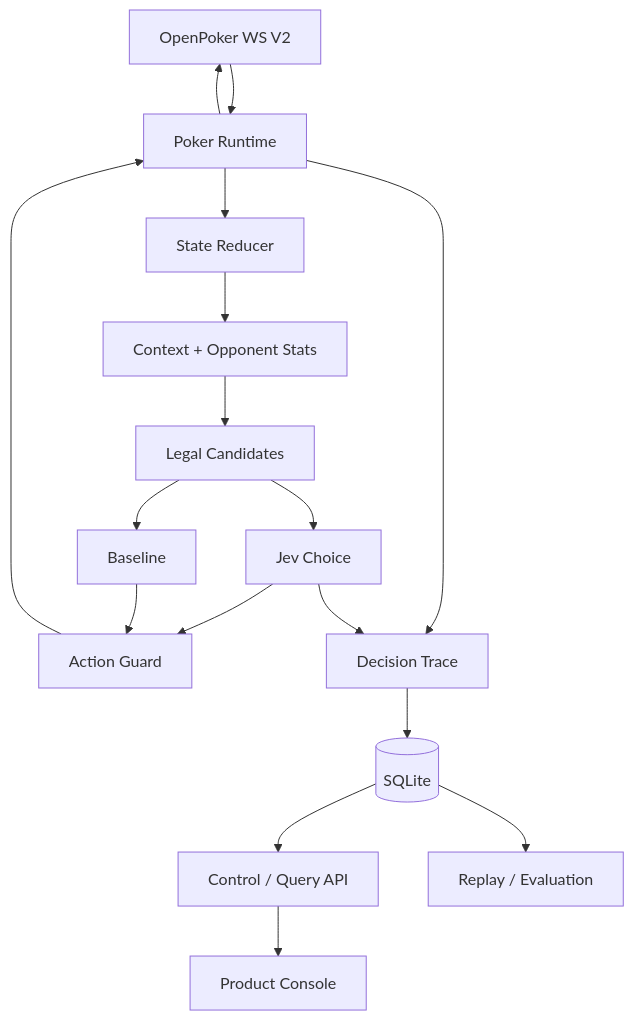
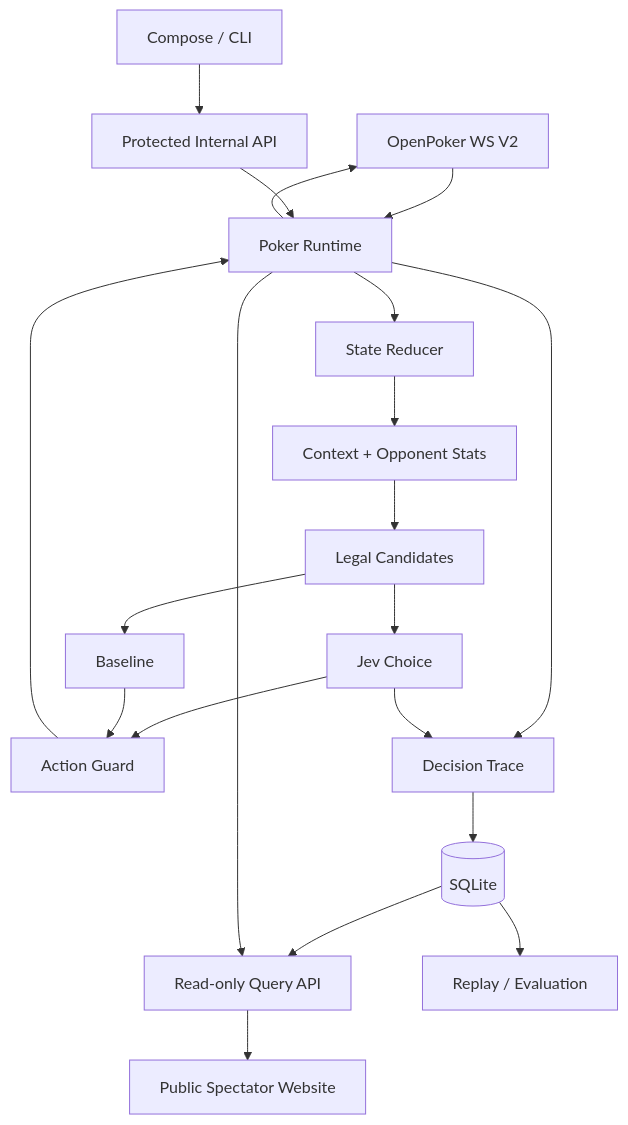
One commit to hewenyu/jev-card-agent changed the diagram in docs/architecture.md. Above: the diagram before and after it, drawn with Mermaid. The commit also changed other lines of this file and 31 other files, not shown here.

Commit message:
Make public observatory read-only with live table streaming and automatic history refresh

````diff
--- a/docs/architecture.md
+++ b/docs/architecture.md
@@ -58,19 +58,22 @@
 ```mermaid
 flowchart TD
     O[OpenPoker WS V2] --> R[Poker Runtime]
     R --> S[State Reducer]
     S --> C[Context + Opponent Stats]
     C --> A[Legal Candidates]
     A --> J[Jev Choice]
     A --> B[Baseline]
     J --> G[Action Guard]
     B --> G
     G --> R
     R --> O
     R --> T[Decision Trace]
     J --> T
     T --> D[(SQLite)]
-    D --> API[Control / Query API]
-    API --> UI[Product Console]
+    D --> API[Read-only Query API]
+    R --> API
+    API --> UI[Public Spectator Website]
+    OPS[Compose / CLI] --> INTERNAL[Protected Internal API]
+    INTERNAL --> R
     D --> E[Replay / Evaluation]
 ```
````
